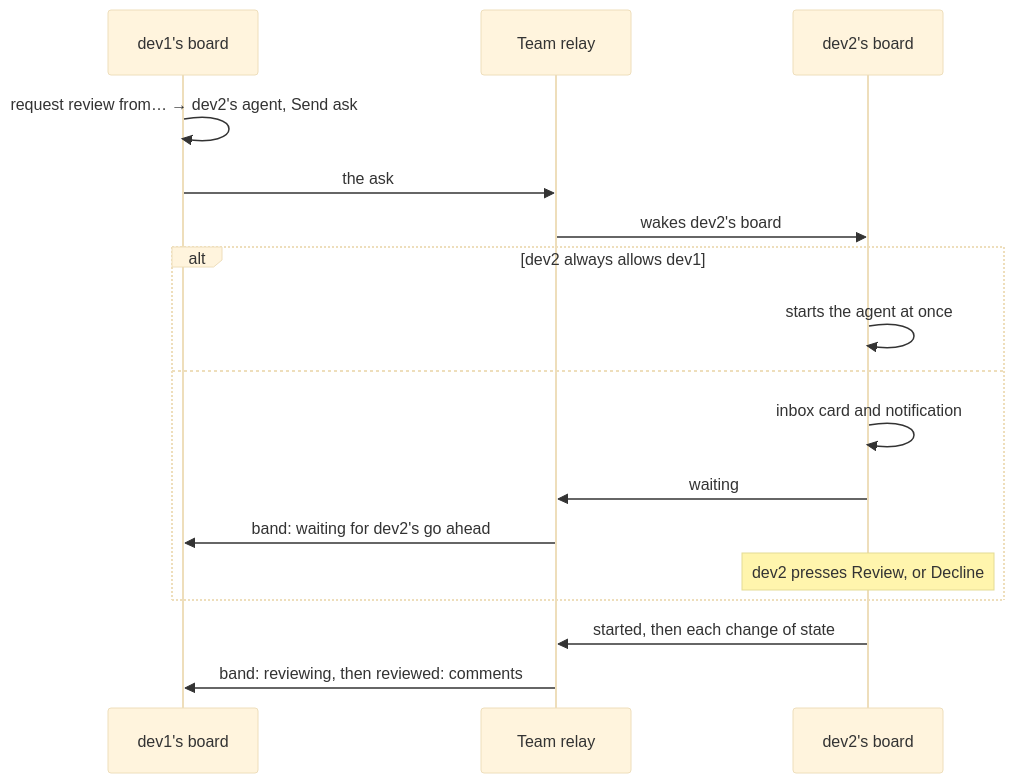
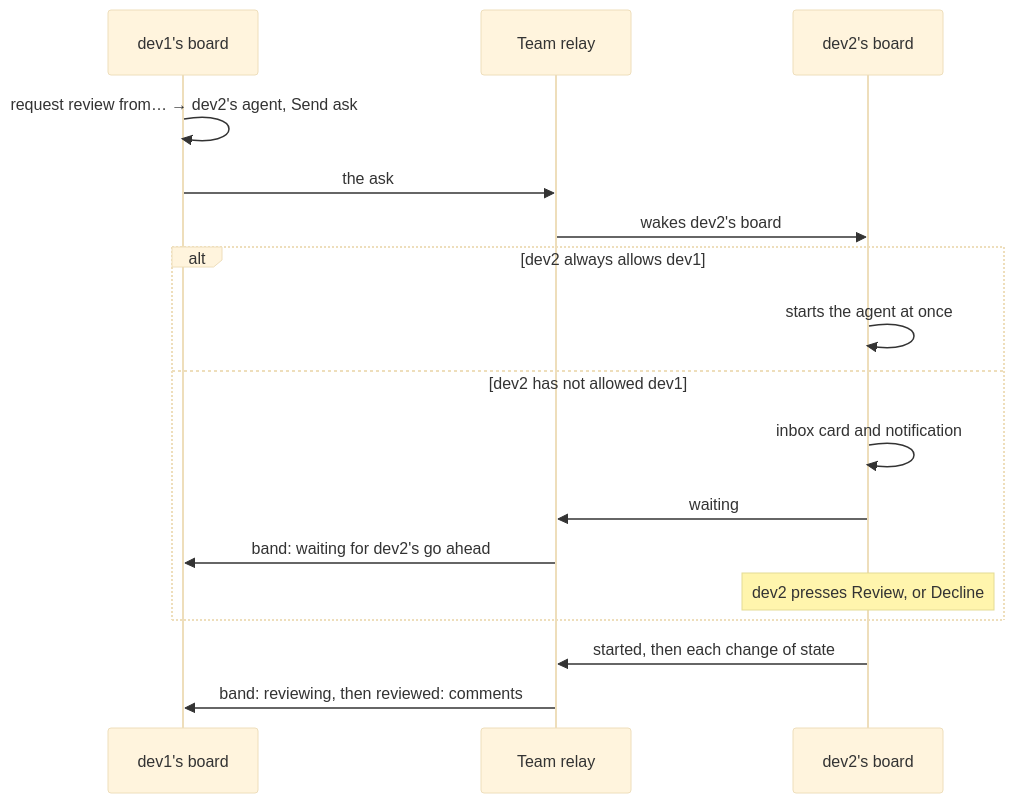
The diagram in website/docs/apps/board-guide.mdx (m4ttstack/mattstack), drawn with Mermaid (base theme) before and after one commit. The commit also changed other lines of this file and 11 other files, not shown here.

````diff
--- a/website/docs/apps/board-guide.mdx
+++ b/website/docs/apps/board-guide.mdx
@@ -216,19 +207,19 @@
 ```mermaid
 sequenceDiagram
     participant A as dev1's board
     participant R as Team relay
     participant B as dev2's board
     A->>A: request review from… → dev2's agent, Send ask
     A->>R: the ask
     R->>B: wakes dev2's board
     alt dev2 always allows dev1
         B->>B: starts the agent at once
-    else
+    else dev2 has not allowed dev1
         B->>B: inbox card and notification
         B->>R: waiting
         R->>A: band: waiting for dev2's go ahead
         Note over B: dev2 presses Review, or Decline
     end
     B->>R: started, then each change of state
     R->>A: band: reviewing, then reviewed: comments
 ```
````
